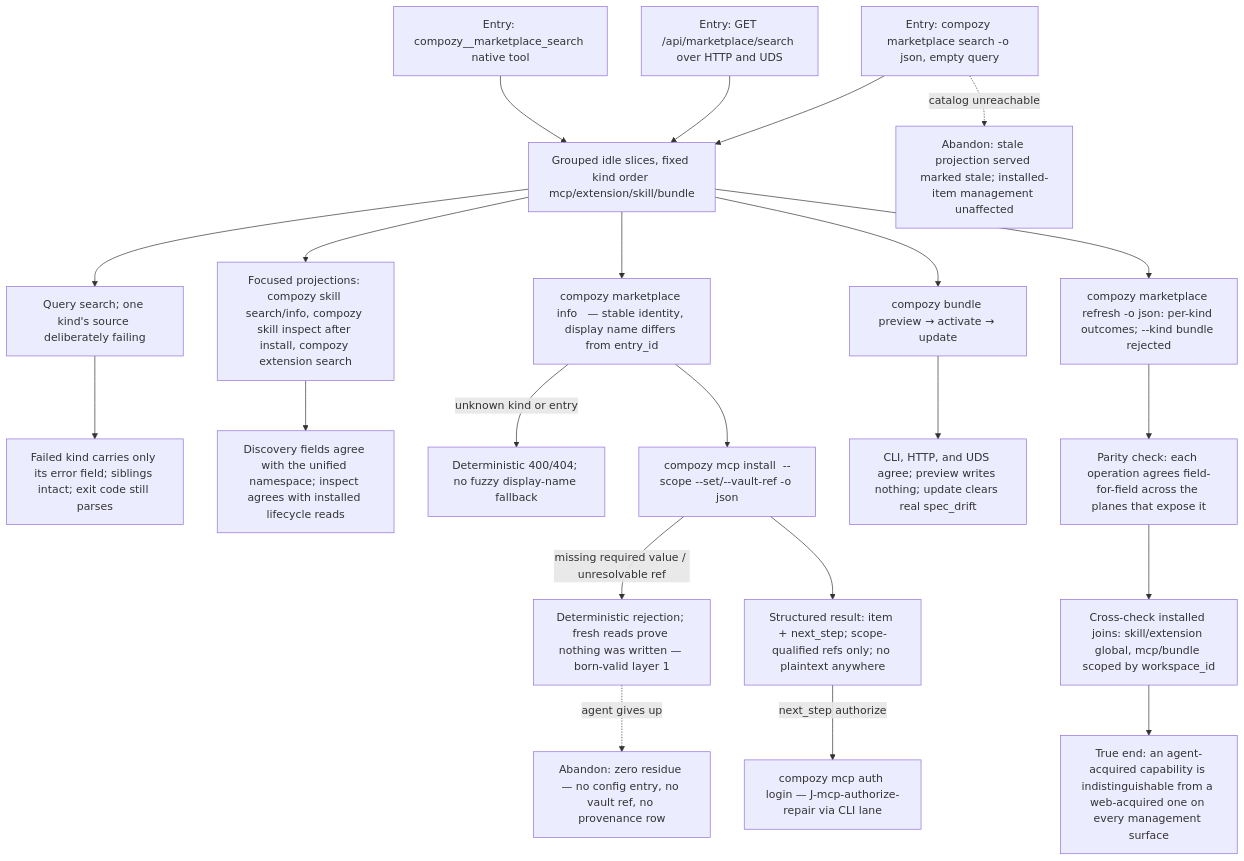
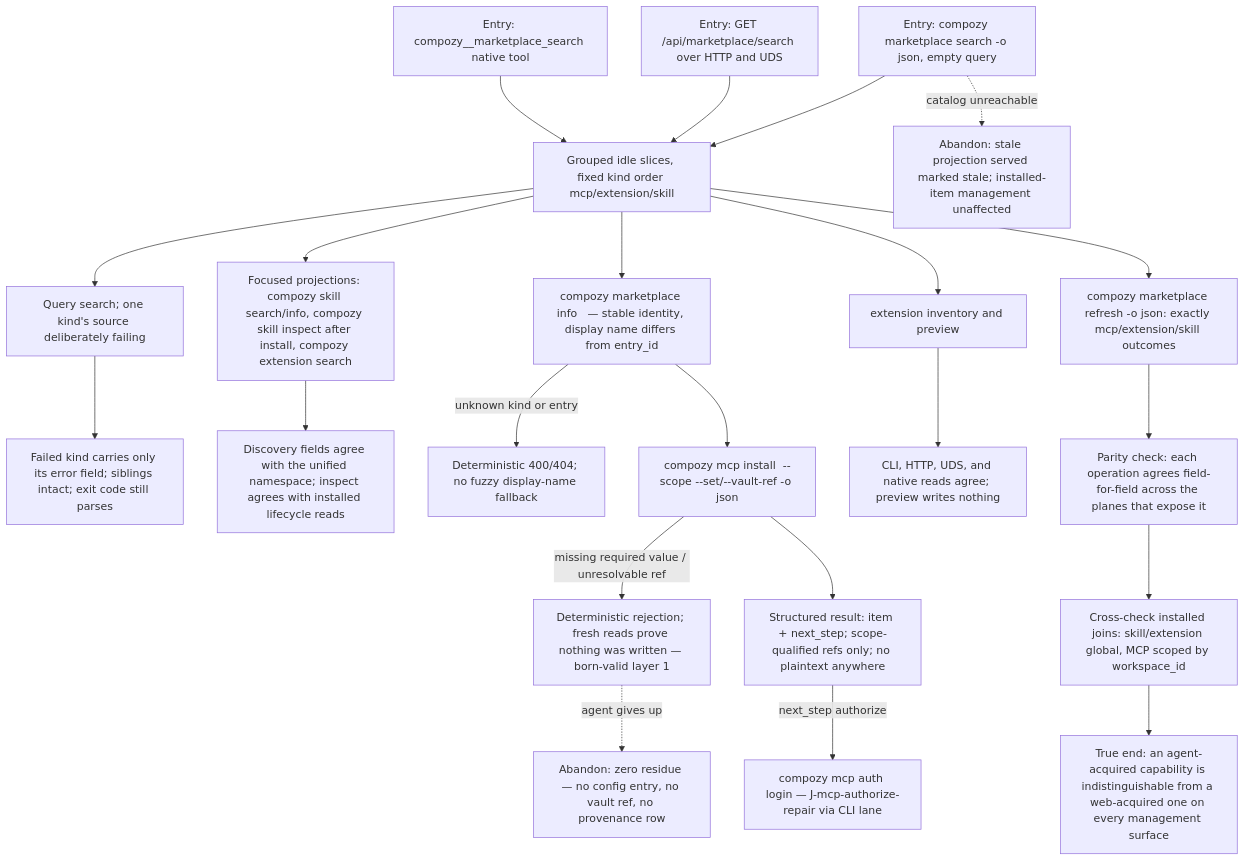
The diagram in docs/qa/journeys/J-agent-marketplace-parity.md (compozy/compozy), drawn with Mermaid before and after one commit. The commit also changed other lines of this file and 104 other files, not shown here.

````diff
--- a/docs/qa/journeys/J-agent-marketplace-parity.md
+++ b/docs/qa/journeys/J-agent-marketplace-parity.md
@@ -5,24 +5,24 @@
 ```mermaid
 flowchart TD
-  A[Entry: compozy marketplace search -o json, empty query] --> B[Grouped idle slices, fixed kind order mcp/extension/skill/bundle]
+  A[Entry: compozy marketplace search -o json, empty query] --> B[Grouped idle slices, fixed kind order mcp/extension/skill]
   A2[Entry: GET /api/marketplace/search over HTTP and UDS] --> B
   A3[Entry: compozy__marketplace_search native tool] --> B
   B --> C[Query search; one kind's source deliberately failing]
   C --> C2[Failed kind carries only its error field; siblings intact; exit code still parses]
   B --> C3[Focused projections: compozy skill search/info, compozy skill inspect after install, compozy extension search]
   C3 --> C4[Discovery fields agree with the unified namespace; inspect agrees with installed lifecycle reads]
   B --> D[compozy marketplace info <kind> <entry_id> — stable identity, display name differs from entry_id]
   D -->|unknown kind or entry| D2[Deterministic 400/404; no fuzzy display-name fallback]
   D --> E[compozy mcp install <entry> --scope --set/--vault-ref -o json]
   E -->|missing required value / unresolvable ref| E2[Deterministic rejection; fresh reads prove nothing was written — born-valid layer 1]
   E --> F[Structured result: item + next_step; scope-qualified refs only; no plaintext anywhere]
   F -->|next_step authorize| G[compozy mcp auth login — J-mcp-authorize-repair via CLI lane]
-  B --> G2[compozy bundle preview → activate → update]
-  G2 --> G3[CLI, HTTP, and UDS agree; preview writes nothing; update clears real spec_drift]
-  B --> H[compozy marketplace refresh -o json: per-kind outcomes; --kind bundle rejected]
+  B --> G2[extension inventory and preview]
+  G2 --> G3[CLI, HTTP, UDS, and native reads agree; preview writes nothing]
+  B --> H[compozy marketplace refresh -o json: exactly mcp/extension/skill outcomes]
   H --> I[Parity check: each operation agrees field-for-field across the planes that expose it]
-  I --> J[Cross-check installed joins: skill/extension global, mcp/bundle scoped by workspace_id]
+  I --> J[Cross-check installed joins: skill/extension global, MCP scoped by workspace_id]
   A -.->|catalog unreachable| X1[Abandon: stale projection served marked stale; installed-item management unaffected]
   E2 -.->|agent gives up| X2[Abandon: zero residue — no config entry, no vault ref, no provenance row]
   J --> Z[True end: an agent-acquired capability is indistinguishable from a web-acquired one on every management surface]
 ```
````
